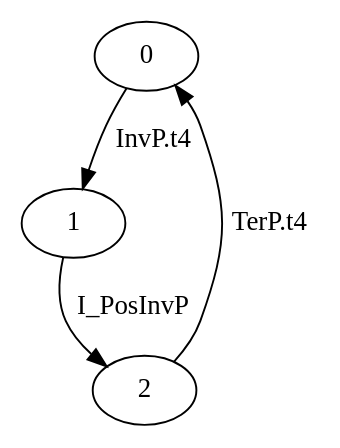
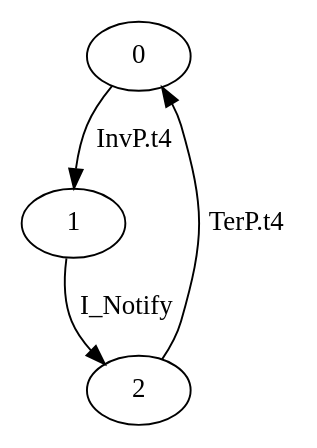
The diagram in src/cspspecs/QueueServer/NOTIFIER.dot (nsrosa70/midarch-go-v13), drawn with Graphviz before and after one commit. The commit also changed 31 other files, not shown here.

```diff
--- a/src/cspspecs/QueueServer/NOTIFIER.dot
+++ b/src/cspspecs/QueueServer/NOTIFIER.dot
@@ -1,5 +1,5 @@
 digraph G {
   0 -> 1 [ label="InvP.t4" ];
-  1 -> 2 [ label="I_PosInvP" ];
+  1 -> 2 [ label="I_Notify" ];
   2 -> 0 [ label="TerP.t4" ];
 }
```
